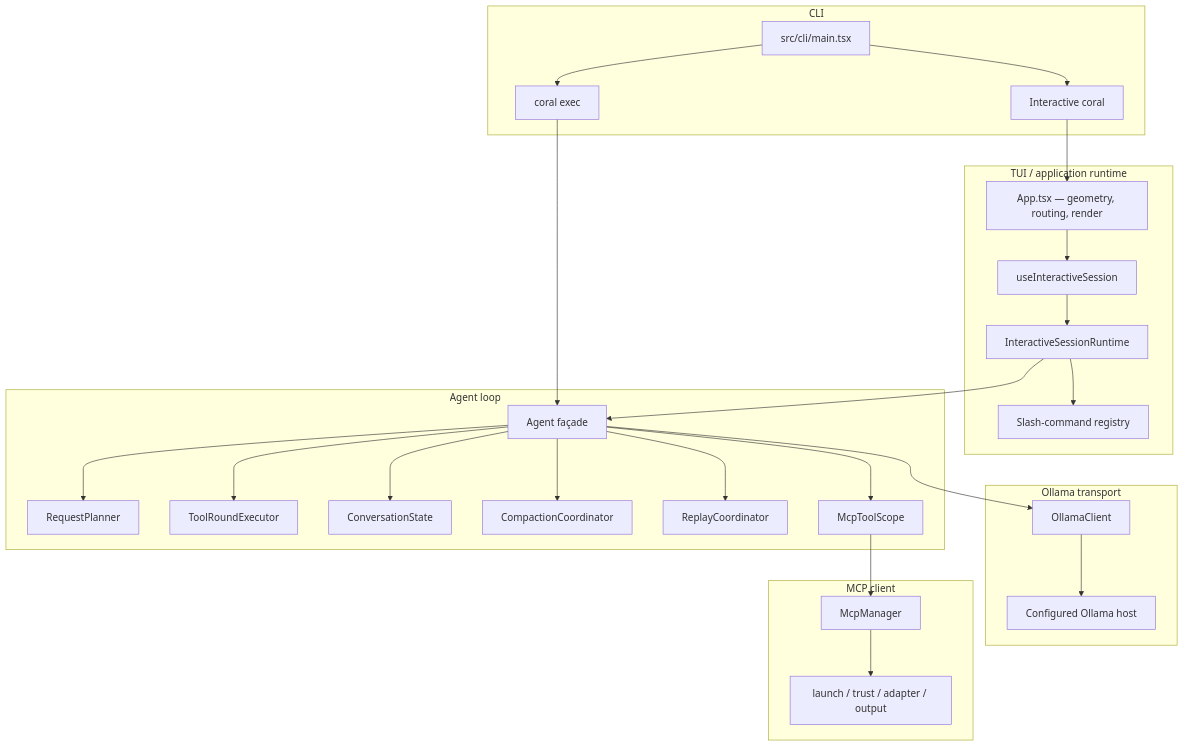
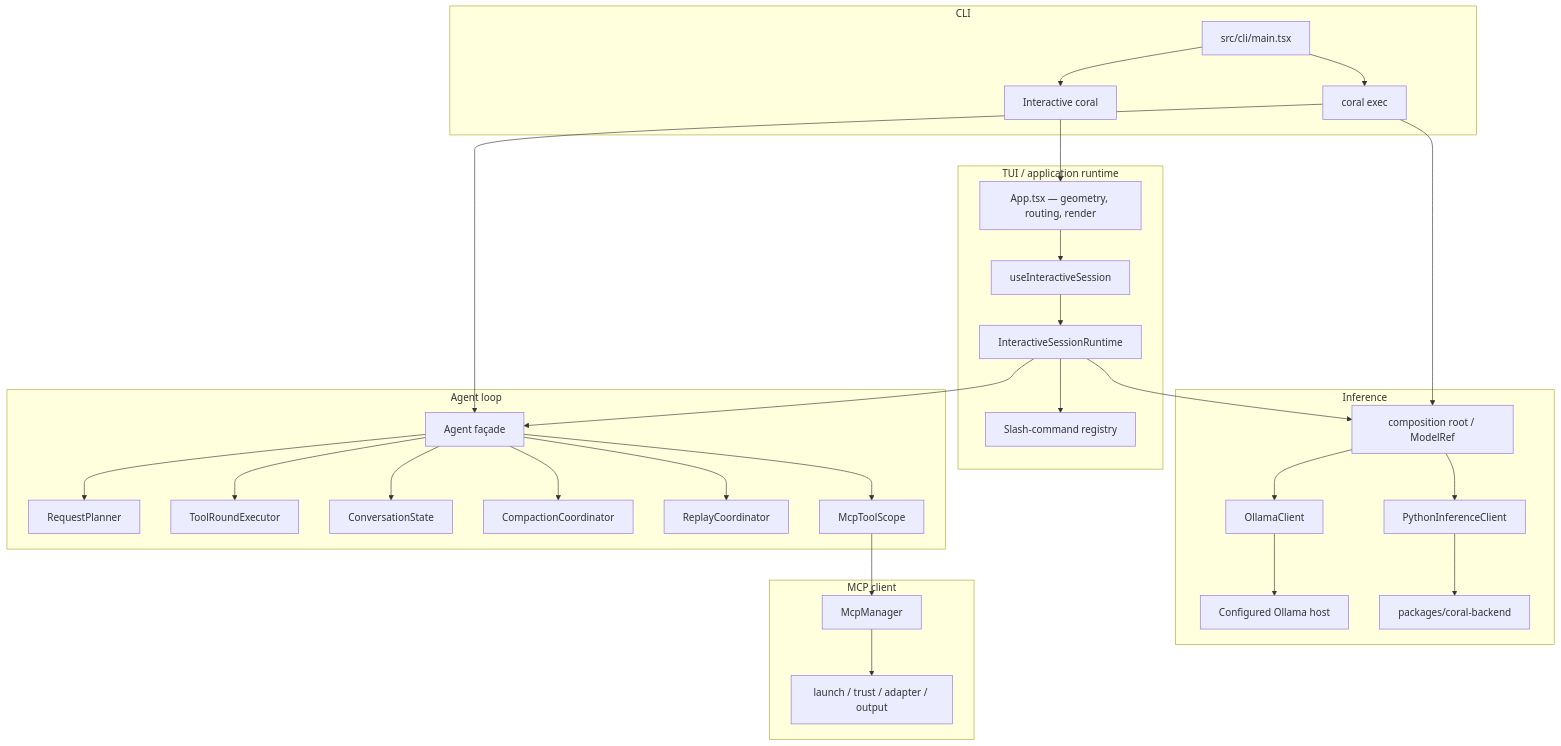
Before and after one commit to ggfincke/coral: the first of 5 diagrams in docs/architecture.md, drawn with Mermaid. The commit also changed other lines of this file and 52 other files, not shown here.

Commit message:
chore(integration): wire Python packages, docs, and CI gates

````diff
--- a/docs/architecture.md
+++ b/docs/architecture.md
@@ -47,54 +47,61 @@
 ```mermaid
 flowchart TB
   subgraph cliLayer [CLI]
     main["src/cli/main.tsx"]
     interactive["Interactive coral"]
     execCmd["coral exec"]
   end
 
   subgraph tuiLayer [TUI / application runtime]
     app["App.tsx — geometry, routing, render"]
     hook["useInteractiveSession"]
     runtime["InteractiveSessionRuntime"]
     commands["Slash-command registry"]
   end
 
   subgraph agentLayer [Agent loop]
     agent["Agent façade"]
     planner["RequestPlanner"]
     rounds["ToolRoundExecutor"]
     conv["ConversationState"]
     compact["CompactionCoordinator"]
     replay["ReplayCoordinator"]
     mcpScope["McpToolScope"]
   end
 
-  subgraph transportLayer [Ollama transport]
+  subgraph transportLayer [Inference]
+    resolve["composition root / ModelRef"]
     client["OllamaClient"]
+    python["PythonInferenceClient"]
     host["Configured Ollama host"]
+    worker["packages/coral-backend"]
   end
 
   subgraph mcpLayer [MCP client]
     manager["McpManager"]
     launch["launch / trust / adapter / output"]
   end
 
   main --> interactive
   main --> execCmd
   interactive --> app
   app --> hook
   hook --> runtime
   runtime --> commands
   runtime --> agent
   execCmd --> agent
+  runtime --> resolve
+  execCmd --> resolve
+  resolve --> client
+  resolve --> python
   agent --> planner
   agent --> rounds
   agent --> conv
   agent --> compact
   agent --> replay
   agent --> mcpScope
-  agent --> client
   client --> host
+  python --> worker
   mcpScope --> manager
   manager --> launch
 ```
````
